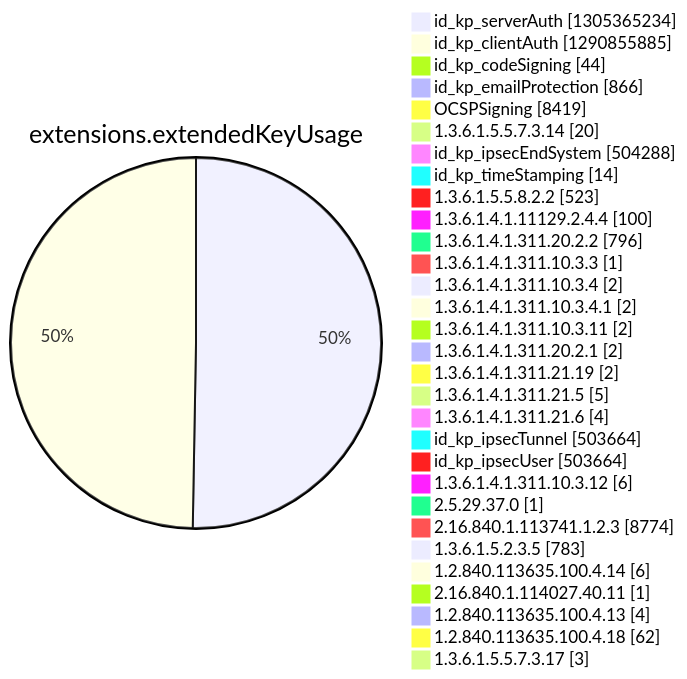
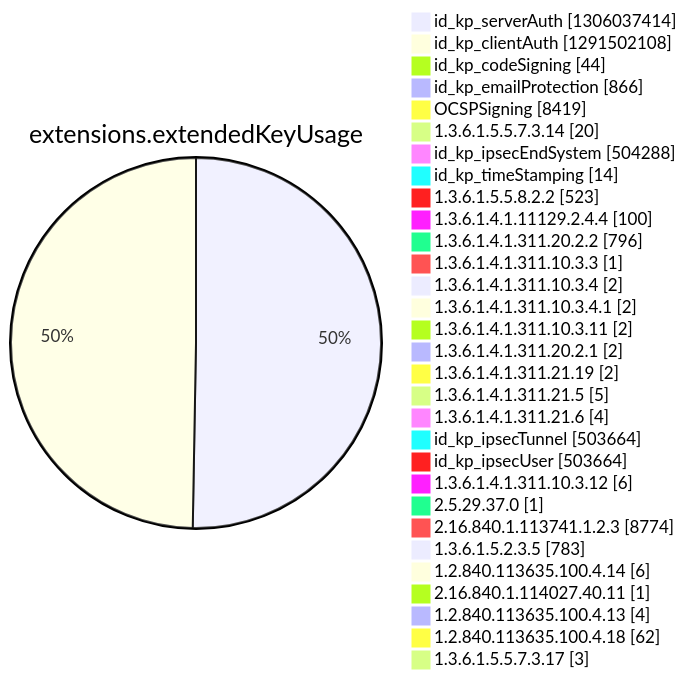
Before and after one commit to christiankrug/ctmonitor_visualization: diagram 12 of 15 in argon2022/README.md, drawn with Mermaid. The commit also changed other lines of this file, not shown here.

````diff
--- a/argon2022/README.md
+++ b/argon2022/README.md
@@ -3551,34 +3551,34 @@
 ```mermaid
 pie showData
 title extensions.extendedKeyUsage
-"id_kp_serverAuth" :1305365234
-"id_kp_clientAuth" :1290855885
+"id_kp_serverAuth" :1306037414
+"id_kp_clientAuth" :1291502108
 "id_kp_codeSigning" :44
 "id_kp_emailProtection" :866
 "OCSPSigning" :8419
 "1.3.6.1.5.5.7.3.14" :20
 "id_kp_ipsecEndSystem" :504288
 "id_kp_timeStamping" :14
 "1.3.6.1.5.5.8.2.2" :523
 "1.3.6.1.4.1.11129.2.4.4" :100
 "1.3.6.1.4.1.311.20.2.2" :796
 "1.3.6.1.4.1.311.10.3.3" :1
 "1.3.6.1.4.1.311.10.3.4" :2
 "1.3.6.1.4.1.311.10.3.4.1" :2
 "1.3.6.1.4.1.311.10.3.11" :2
 "1.3.6.1.4.1.311.20.2.1" :2
 "1.3.6.1.4.1.311.21.19" :2
 "1.3.6.1.4.1.311.21.5" :5
 "1.3.6.1.4.1.311.21.6" :4
 "id_kp_ipsecTunnel" :503664
 "id_kp_ipsecUser" :503664
 "1.3.6.1.4.1.311.10.3.12" :6
 "2.5.29.37.0" :1
 "2.16.840.1.113741.1.2.3" :8774
 "1.3.6.1.5.2.3.5" :783
 "1.2.840.113635.100.4.14" :6
 "2.16.840.1.114027.40.11" :1
 "1.2.840.113635.100.4.13" :4
 "1.2.840.113635.100.4.18" :62
 "1.3.6.1.5.5.7.3.17" :3
 ```
````
